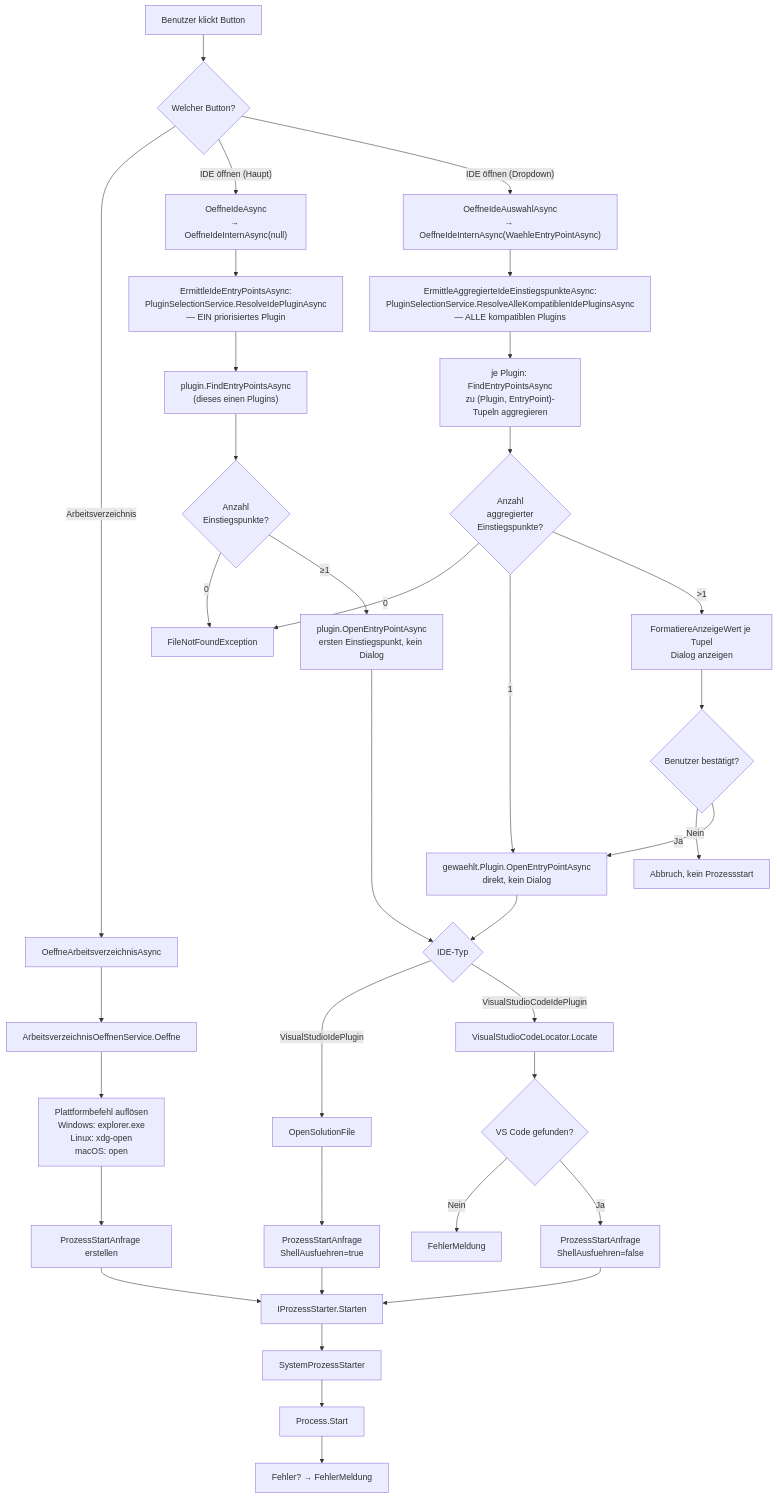
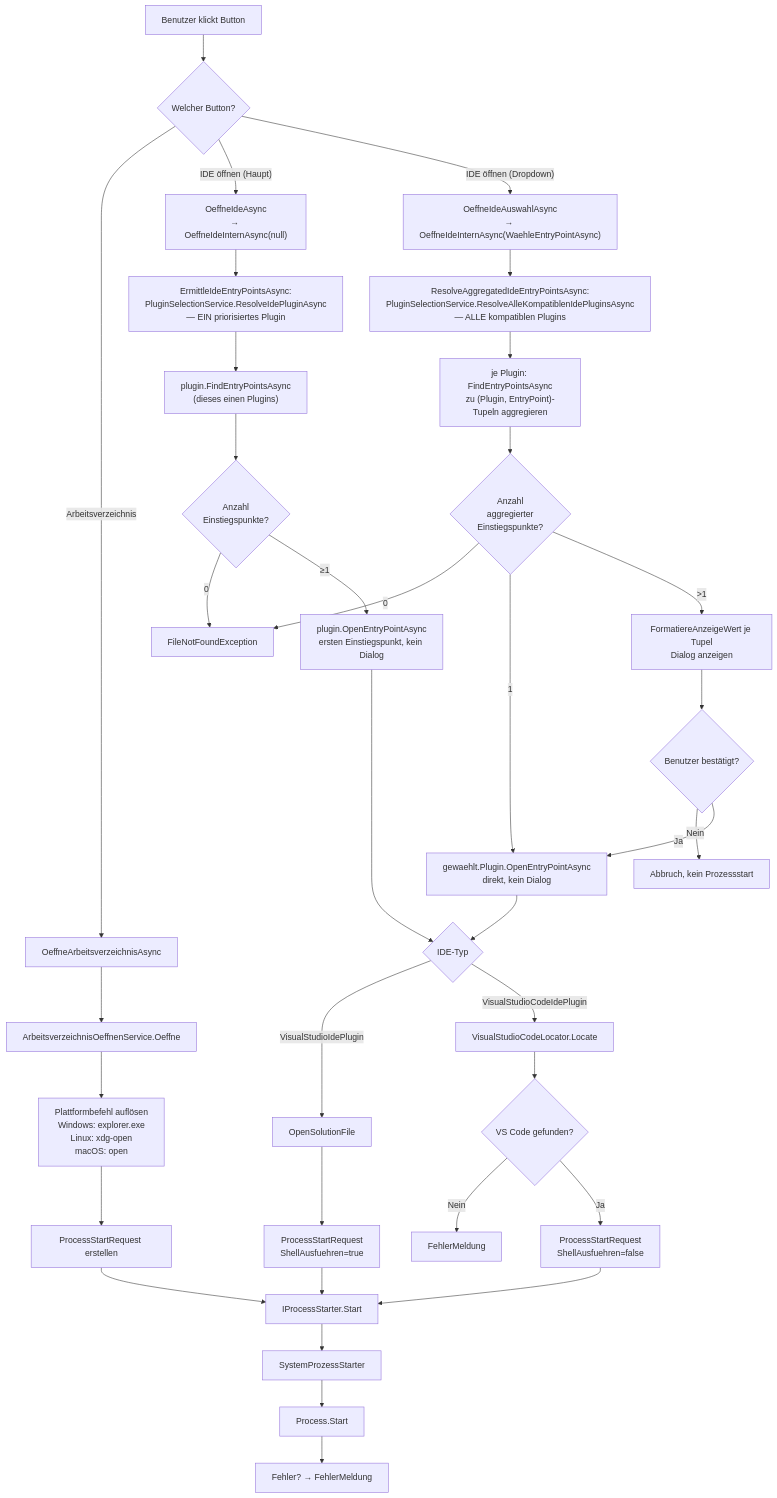
The diagram in docs/help/dateisystem-integration/ablauf-technisch.md (martin-stromberg/Softwareschmiede), drawn with Mermaid before and after one commit. The commit also changed other lines of this file and 76 other files, not shown here.

````diff
--- a/docs/help/dateisystem-integration/ablauf-technisch.md
+++ b/docs/help/dateisystem-integration/ablauf-technisch.md
@@ -149,42 +149,42 @@
 ```mermaid
 flowchart TD
     A["Benutzer klickt Button"] --> B{"Welcher Button?"}
     B -->|Arbeitsverzeichnis| C["OeffneArbeitsverzeichnisAsync"]
     B -->|"IDE öffnen (Haupt)"| D["OeffneIdeAsync<br/>→ OeffneIdeInternAsync(null)"]
     B -->|"IDE öffnen (Dropdown)"| D2["OeffneIdeAuswahlAsync<br/>→ OeffneIdeInternAsync(WaehleEntryPointAsync)"]
 
     C --> E["ArbeitsverzeichnisOeffnenService.Oeffne"]
     E --> F["Plattformbefehl auflösen<br/>Windows: explorer.exe<br/>Linux: xdg-open<br/>macOS: open"]
-    F --> G["ProzessStartAnfrage erstellen"]
-    G --> H["IProzessStarter.Starten"]
+    F --> G["ProcessStartRequest erstellen"]
+    G --> H["IProcessStarter.Start"]
     H --> I["SystemProzessStarter"]
     I --> J["Process.Start"]
     J --> K["Fehler? → FehlerMeldung"]
 
     D --> L["ErmittleIdeEntryPointsAsync:<br/>PluginSelectionService.ResolveIdePluginAsync<br/>— EIN priorisiertes Plugin"]
     L --> L2["plugin.FindEntryPointsAsync<br/>(dieses einen Plugins)"]
     L2 --> M{"Anzahl<br/>Einstiegspunkte?"}
     M -->|0| M0["FileNotFoundException"]
     M -->|"≥1"| Z["plugin.OpenEntryPointAsync<br/>ersten Einstiegspunkt, kein Dialog"]
 
-    D2 --> L3["ErmittleAggregierteIdeEinstiegspunkteAsync:<br/>PluginSelectionService.ResolveAlleKompatiblenIdePluginsAsync<br/>— ALLE kompatiblen Plugins"]
+    D2 --> L3["ResolveAggregatedIdeEntryPointsAsync:<br/>PluginSelectionService.ResolveAlleKompatiblenIdePluginsAsync<br/>— ALLE kompatiblen Plugins"]
     L3 --> L4["je Plugin: FindEntryPointsAsync<br/>zu (Plugin, EntryPoint)-Tupeln aggregieren"]
     L4 --> M2{"Anzahl<br/>aggregierter<br/>Einstiegspunkte?"}
     M2 -->|0| M0
     M2 -->|1| Z2["gewaehlt.Plugin.OpenEntryPointAsync<br/>direkt, kein Dialog"]
     M2 -->|">1"| P["FormatiereAnzeigeWert je Tupel<br/>Dialog anzeigen"]
     P --> Q{"Benutzer bestätigt?"}
     Q -->|Nein| R["Abbruch, kein Prozessstart"]
     Q -->|Ja| Z2
 
     Z --> R2{"IDE-Typ"}
     Z2 --> R2
     R2 -->|VisualStudioIdePlugin| S["OpenSolutionFile"]
     R2 -->|VisualStudioCodeIdePlugin| V["VisualStudioCodeLocator.Locate"]
     V --> W{"VS Code gefunden?"}
     W -->|Nein| X["FehlerMeldung"]
-    W -->|Ja| Y["ProzessStartAnfrage<br/>ShellAusfuehren=false"]
+    W -->|Ja| Y["ProcessStartRequest<br/>ShellAusfuehren=false"]
     Y --> H
-    S --> T["ProzessStartAnfrage<br/>ShellAusfuehren=true"]
+    S --> T["ProcessStartRequest<br/>ShellAusfuehren=true"]
     T --> H
 ```
````
